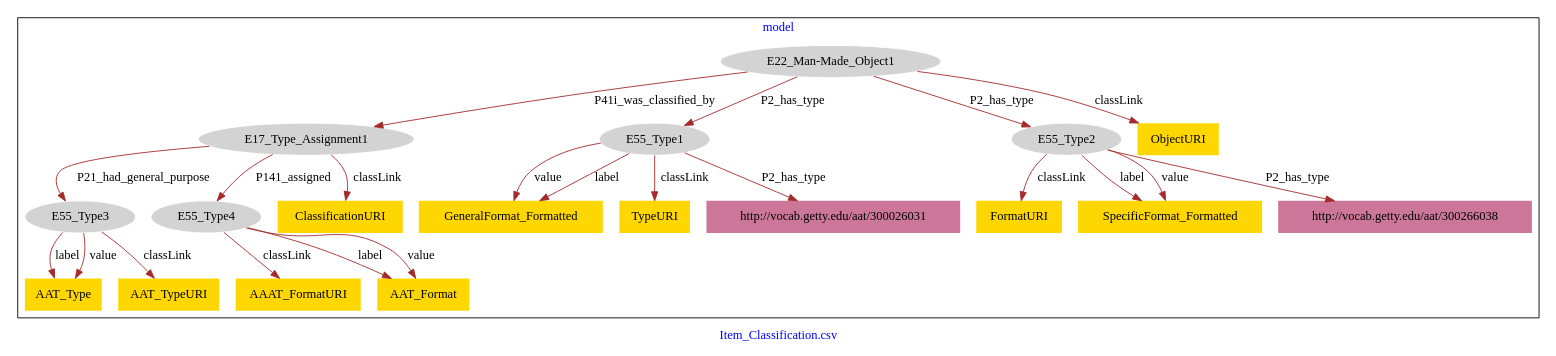
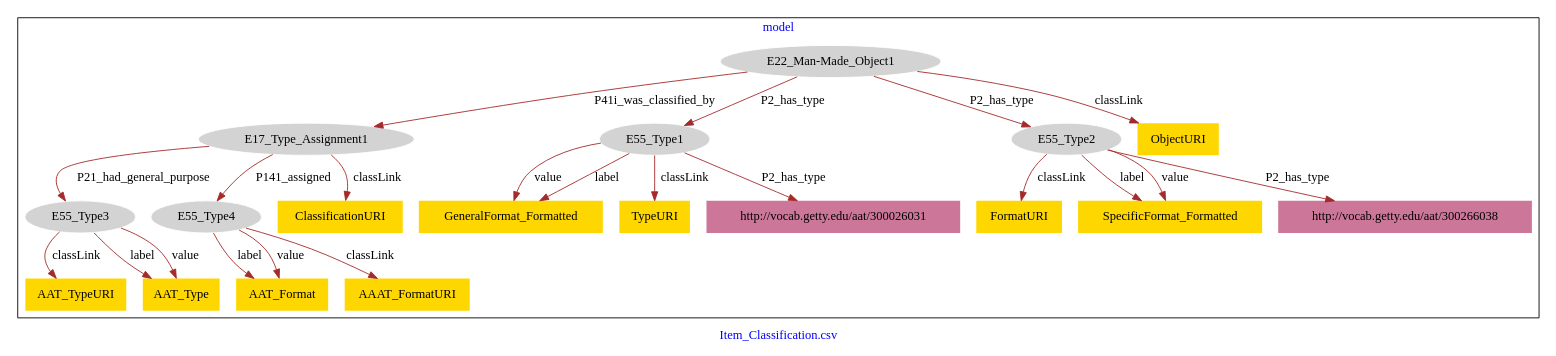
One commit to american-art/aaa changed the diagram in Item_Classification/Item_Classification-model.dot. Above: the diagram before and after it, drawn with Graphviz.

Commit message:
Update file Item_Classification-model.dot

```diff
--- a/Item_Classification/Item_Classification-model.dot
+++ b/Item_Classification/Item_Classification-model.dot
@@ -1,47 +1,47 @@
 digraph n0 {
 fontcolor="blue"
 remincross="true"
 label="Item_Classification.csv"
 subgraph cluster {
 label="model"
 n2[style="filled",color="white",fillcolor="lightgray",label="E17_Type_Assignment1"];
 n3[style="filled",color="white",fillcolor="lightgray",label="E55_Type3"];
 n4[style="filled",color="white",fillcolor="lightgray",label="E55_Type4"];
 n5[style="filled",color="white",fillcolor="lightgray",label="E22_Man-Made_Object1"];
 n6[style="filled",color="white",fillcolor="lightgray",label="E55_Type1"];
 n7[style="filled",color="white",fillcolor="lightgray",label="E55_Type2"];
-n8[shape="plaintext",style="filled",fillcolor="gold",label="ClassificationURI"];
-n9[shape="plaintext",style="filled",fillcolor="gold",label="ObjectURI"];
-n10[shape="plaintext",style="filled",fillcolor="gold",label="GeneralFormat_Formatted"];
-n11[shape="plaintext",style="filled",fillcolor="gold",label="TypeURI"];
+n8[shape="plaintext",style="filled",fillcolor="gold",label="GeneralFormat_Formatted"];
+n9[shape="plaintext",style="filled",fillcolor="gold",label="AAT_Format"];
+n10[shape="plaintext",style="filled",fillcolor="gold",label="AAAT_FormatURI"];
+n11[shape="plaintext",style="filled",fillcolor="gold",label="ClassificationURI"];
 n12[shape="plaintext",style="filled",fillcolor="gold",label="FormatURI"];
-n13[shape="plaintext",style="filled",fillcolor="gold",label="AAT_Type"];
-n14[shape="plaintext",style="filled",fillcolor="gold",label="AAAT_FormatURI"];
-n15[shape="plaintext",style="filled",fillcolor="gold",label="AAT_Format"];
+n13[shape="plaintext",style="filled",fillcolor="gold",label="TypeURI"];
+n14[shape="plaintext",style="filled",fillcolor="gold",label="AAT_TypeURI"];
+n15[shape="plaintext",style="filled",fillcolor="gold",label="ObjectURI"];
 n16[shape="plaintext",style="filled",fillcolor="gold",label="SpecificFormat_Formatted"];
-n17[shape="plaintext",style="filled",fillcolor="gold",label="AAT_TypeURI"];
+n17[shape="plaintext",style="filled",fillcolor="gold",label="AAT_Type"];
 n18[shape="plaintext",style="filled",fillcolor="#CC7799",label="http://vocab.getty.edu/aat/300026031"];
 n19[shape="plaintext",style="filled",fillcolor="#CC7799",label="http://vocab.getty.edu/aat/300266038"];
 }
 n2 -> n3[color="brown",fontcolor="black",label="P21_had_general_purpose"]
 n2 -> n4[color="brown",fontcolor="black",label="P141_assigned"]
 n5 -> n2[color="brown",fontcolor="black",label="P41i_was_classified_by"]
 n5 -> n6[color="brown",fontcolor="black",label="P2_has_type"]
 n5 -> n7[color="brown",fontcolor="black",label="P2_has_type"]
-n2 -> n8[color="brown",fontcolor="black",label="classLink"]
-n5 -> n9[color="brown",fontcolor="black",label="classLink"]
-n6 -> n10[color="brown",fontcolor="black",label="value"]
-n6 -> n11[color="brown",fontcolor="black",label="classLink"]
+n6 -> n8[color="brown",fontcolor="black",label="value"]
+n4 -> n9[color="brown",fontcolor="black",label="label"]
+n4 -> n10[color="brown",fontcolor="black",label="classLink"]
+n2 -> n11[color="brown",fontcolor="black",label="classLink"]
 n7 -> n12[color="brown",fontcolor="black",label="classLink"]
-n3 -> n13[color="brown",fontcolor="black",label="label"]
-n4 -> n14[color="brown",fontcolor="black",label="classLink"]
-n4 -> n15[color="brown",fontcolor="black",label="label"]
+n6 -> n13[color="brown",fontcolor="black",label="classLink"]
+n3 -> n14[color="brown",fontcolor="black",label="classLink"]
+n5 -> n15[color="brown",fontcolor="black",label="classLink"]
 n7 -> n16[color="brown",fontcolor="black",label="label"]
-n3 -> n17[color="brown",fontcolor="black",label="classLink"]
+n3 -> n17[color="brown",fontcolor="black",label="label"]
+n3 -> n17[color="brown",fontcolor="black",label="value"]
+n4 -> n9[color="brown",fontcolor="black",label="value"]
 n7 -> n16[color="brown",fontcolor="black",label="value"]
-n6 -> n10[color="brown",fontcolor="black",label="label"]
-n3 -> n13[color="brown",fontcolor="black",label="value"]
 n6 -> n18[color="brown",fontcolor="black",label="P2_has_type"]
 n7 -> n19[color="brown",fontcolor="black",label="P2_has_type"]
-n4 -> n15[color="brown",fontcolor="black",label="value"]
+n6 -> n8[color="brown",fontcolor="black",label="label"]
 }
```
